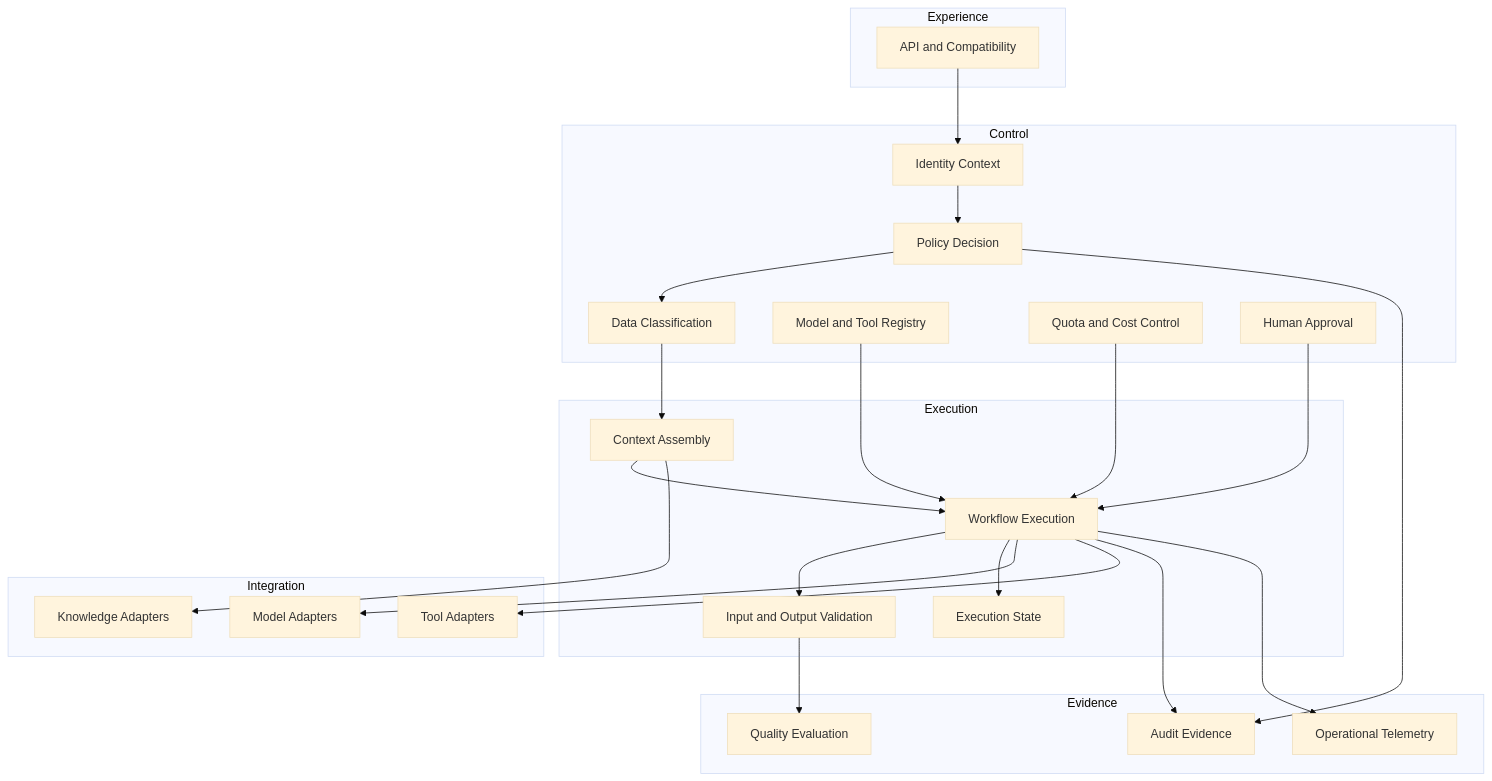
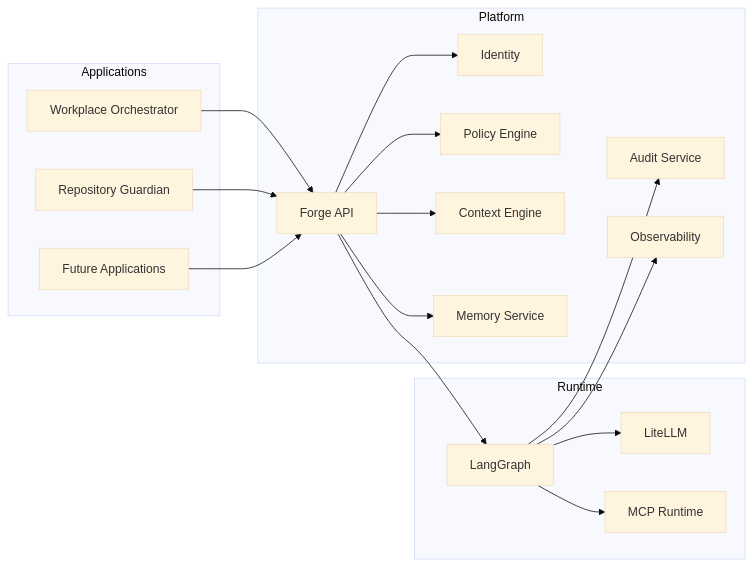
One commit to 3Corners-Labs/Forge changed the second of 25 diagrams in docs/ARCHITECTURE.md. Above: the diagram before and after it, drawn with Mermaid (base theme). The commit also changed other lines of this file and 12 other files, not shown here.

````diff
--- a/docs/ARCHITECTURE.md
+++ b/docs/ARCHITECTURE.md
@@ -35,48 +62,41 @@
 ```mermaid
-flowchart TB
-    subgraph Experience
-        API[API and Compatibility]
-    end
-    subgraph Control
-        Identity[Identity Context]
-        Policy[Policy Decision]
-        Classification[Data Classification]
-        Registry[Model and Tool Registry]
-        Budget[Quota and Cost Control]
-        Approval[Human Approval]
-    end
-    subgraph Execution
-        Context[Context Assembly]
-        Workflow[Workflow Execution]
-        Validation[Input and Output Validation]
-        State[Execution State]
-    end
-    subgraph Integration
-        Models[Model Adapters]
-        Tools[Tool Adapters]
-        Sources[Knowledge Adapters]
-    end
-    subgraph Evidence
-        Audit[Audit Evidence]
-        Telemetry[Operational Telemetry]
-        Evaluation[Quality Evaluation]
-    end
+flowchart LR
 
-    API --> Identity
-    Identity --> Policy
-    Policy --> Classification
-    Classification --> Context
-    Registry --> Workflow
-    Budget --> Workflow
-    Approval --> Workflow
-    Context --> Workflow
-    Workflow --> Validation
-    Workflow --> State
-    Workflow --> Models
-    Workflow --> Tools
-    Context --> Sources
-    Policy --> Audit
-    Workflow --> Audit
-    Workflow --> Telemetry
-    Validation --> Evaluation
+subgraph Applications
+APP1[Workplace Orchestrator]
+APP2[Repository Guardian]
+APP3[Future Applications]
+end
+
+subgraph Platform
+API[Forge API]
+ID[Identity]
+POL[Policy Engine]
+CTX[Context Engine]
+MEM[Memory Service]
+AUD[Audit Service]
+OBS[Observability]
+end
+
+subgraph Runtime
+GRAPH[LangGraph]
+GW[LiteLLM]
+TOOLS[MCP Runtime]
+end
+
+APP1 --> API
+APP2 --> API
+APP3 --> API
+
+API --> ID
+API --> POL
+API --> CTX
+API --> MEM
+API --> GRAPH
+
+GRAPH --> GW
+GRAPH --> TOOLS
+
+GRAPH --> AUD
+GRAPH --> OBS
 ```
````
